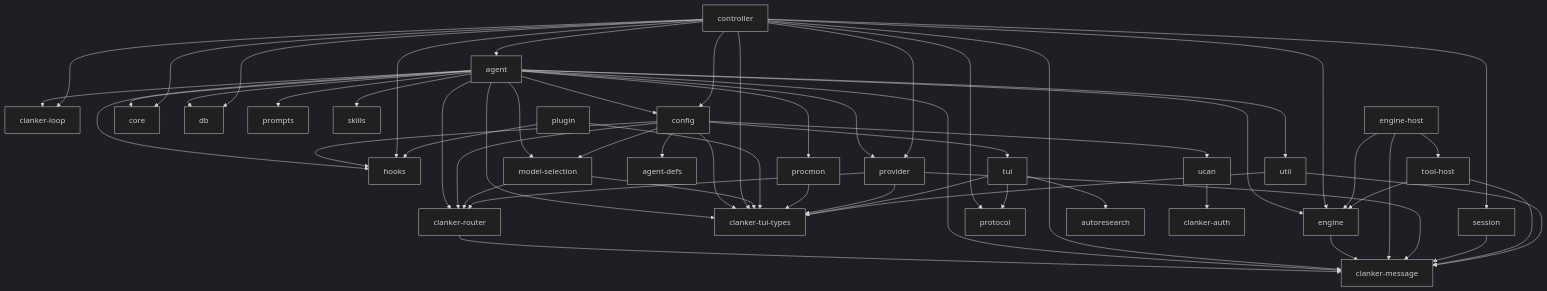
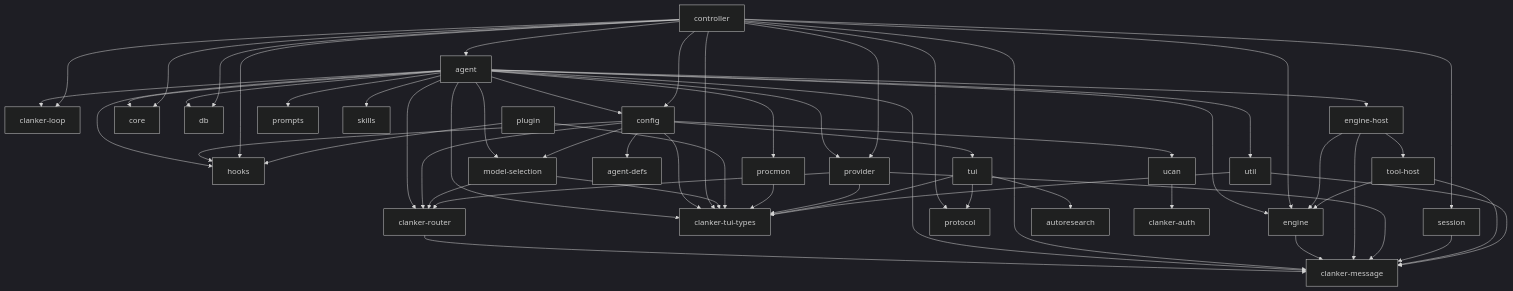
Before and after one commit to brittonr/clankers: the diagram in docs/src/generated/architecture.md, drawn with Mermaid (dark theme). The commit also changed other lines of this file and 9 other files, not shown here.

Commit message:
openspec(extract-composable-engine-host): centralize engine feedback inputs

````diff
--- a/docs/src/generated/architecture.md
+++ b/docs/src/generated/architecture.md
@@ -13,59 +13,60 @@
 ```mermaid
 graph TD
     clanker-router --> clanker-message
     agent --> clanker-loop
     agent --> clanker-message
     agent --> clanker-router
     agent --> clanker-tui-types
     agent --> config
     agent --> core
     agent --> db
     agent --> engine
+    agent --> engine-host
     agent --> hooks
     agent --> model-selection
     agent --> procmon
     agent --> prompts
     agent --> provider
     agent --> skills
     agent --> util
     config --> clanker-router
     config --> clanker-tui-types
     config --> agent-defs
     config --> hooks
     config --> model-selection
     config --> tui
     config --> ucan
     controller --> clanker-loop
     controller --> clanker-message
     controller --> clanker-tui-types
     controller --> agent
     controller --> config
     controller --> core
     controller --> db
     controller --> engine
     controller --> hooks
     controller --> protocol
     controller --> provider
     controller --> session
     engine --> clanker-message
     engine-host --> clanker-message
     engine-host --> engine
     engine-host --> tool-host
     model-selection --> clanker-router
     model-selection --> clanker-tui-types
     plugin --> clanker-tui-types
     plugin --> hooks
     procmon --> clanker-tui-types
     provider --> clanker-message
     provider --> clanker-router
     provider --> clanker-tui-types
     session --> clanker-message
     tool-host --> clanker-message
     tool-host --> engine
     tui --> clanker-tui-types
     tui --> autoresearch
     tui --> protocol
     ucan --> clanker-auth
     util --> clanker-message
     util --> clanker-tui-types
 ```
````
